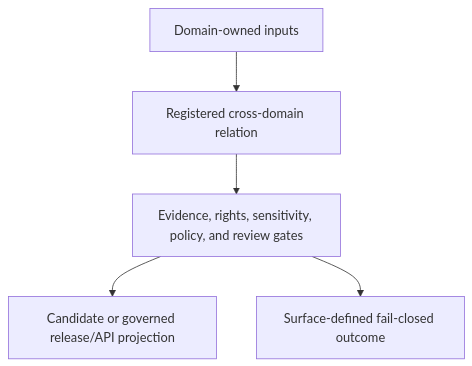
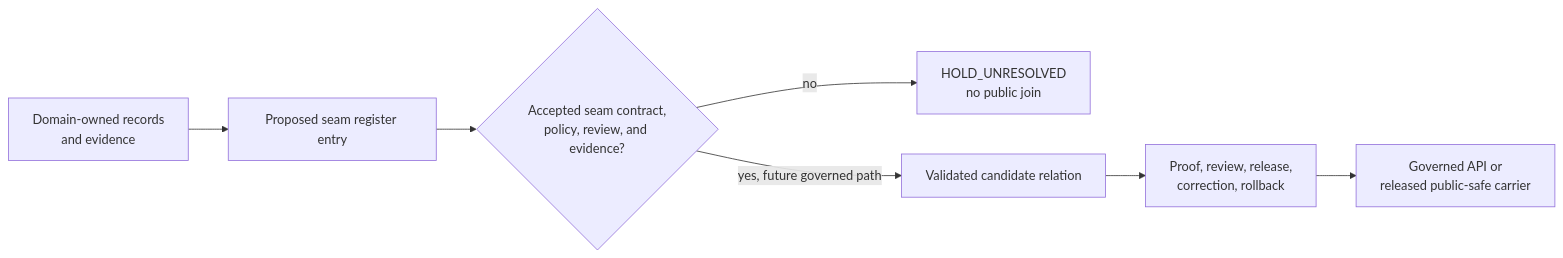
Before and after one commit to bartytime4life/Kansas-Frontier-Matrix: the diagram in docs/architecture/cross-domain/README.md, drawn with Mermaid. The commit also changed other lines of this file, not shown here.

Commit message:
docs(architecture): reconcile cross-domain index evidence

````diff
--- a/docs/architecture/cross-domain/README.md
+++ b/docs/architecture/cross-domain/README.md
@@ -209,7 +292,9 @@
 ```mermaid
-flowchart TD
-    A["Domain-owned inputs"] --> B["Registered cross-domain relation"]
-    B --> C["Evidence, rights, sensitivity, policy, and review gates"]
-    C --> D["Candidate or governed release/API projection"]
-    C --> E["Surface-defined fail-closed outcome"]
+flowchart LR
+    A["Domain-owned records<br/>and evidence"] --> B["Proposed seam register entry"]
+    B --> C{"Accepted seam contract,<br/>policy, review, and evidence?"}
+    C -->|no| H["HOLD_UNRESOLVED<br/>no public join"]
+    C -->|yes, future governed path| D["Validated candidate relation"]
+    D --> E["Proof, review, release,<br/>correction, rollback"]
+    E --> F["Governed API or<br/>released public-safe carrier"]
 ```
````
